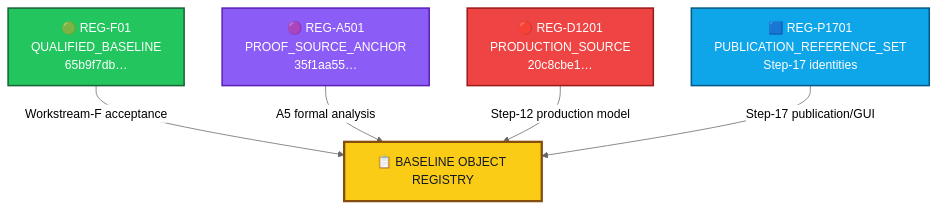
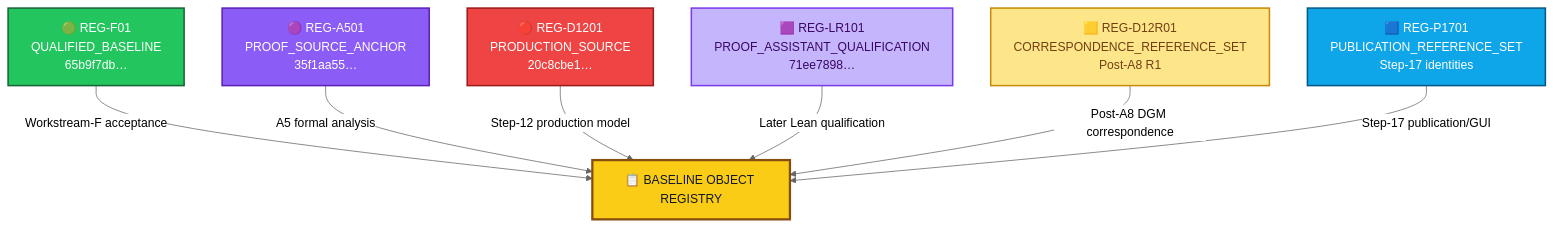
Before and after one commit to kiddstechnical/ALLIS-Artificial-Learning-and-Location-Intelligence-System: the second of 6 diagrams in acceptance/baseline-object-registry.md, drawn with Mermaid (neutral theme). The commit also changed other lines of this file, not shown here.

````diff
--- a/acceptance/baseline-object-registry.md
+++ b/acceptance/baseline-object-registry.md
@@ -108,20 +122,26 @@
 ```mermaid
 flowchart TB
     R["📋 BASELINE OBJECT REGISTRY"]:::registry
 
     F["🟢 REG-F01<br/>QUALIFIED_BASELINE<br/>65b9f7db…"]:::f
     A["🟣 REG-A501<br/>PROOF_SOURCE_ANCHOR<br/>35f1aa55…"]:::a
     D["🔴 REG-D1201<br/>PRODUCTION_SOURCE<br/>20c8cbe1…"]:::d
+    L["🟪 REG-LR101<br/>PROOF_ASSISTANT_QUALIFICATION<br/>71ee7898…"]:::l
+    X["🟨 REG-D12R01<br/>CORRESPONDENCE_REFERENCE_SET<br/>Post-A8 R1"]:::x
     P["🟦 REG-P1701<br/>PUBLICATION_REFERENCE_SET<br/>Step-17 identities"]:::p
 
     F -->|"Workstream-F acceptance"| R
     A -->|"A5 formal analysis"| R
     D -->|"Step-12 production model"| R
+    L -->|"Later Lean qualification"| R
+    X -->|"Post-A8 DGM correspondence"| R
     P -->|"Step-17 publication/GUI"| R
 
     classDef registry fill:#facc15,stroke:#854d0e,color:#111827,stroke-width:3px;
     classDef f fill:#22c55e,stroke:#166534,color:#ffffff,stroke-width:2px;
     classDef a fill:#8b5cf6,stroke:#5b21b6,color:#ffffff,stroke-width:2px;
     classDef d fill:#ef4444,stroke:#991b1b,color:#ffffff,stroke-width:2px;
+    classDef l fill:#c4b5fd,stroke:#7c3aed,color:#3b0764,stroke-width:2px;
+    classDef x fill:#fde68a,stroke:#ca8a04,color:#713f12,stroke-width:2px;
     classDef p fill:#0ea5e9,stroke:#075985,color:#ffffff,stroke-width:2px;
 ```
````
